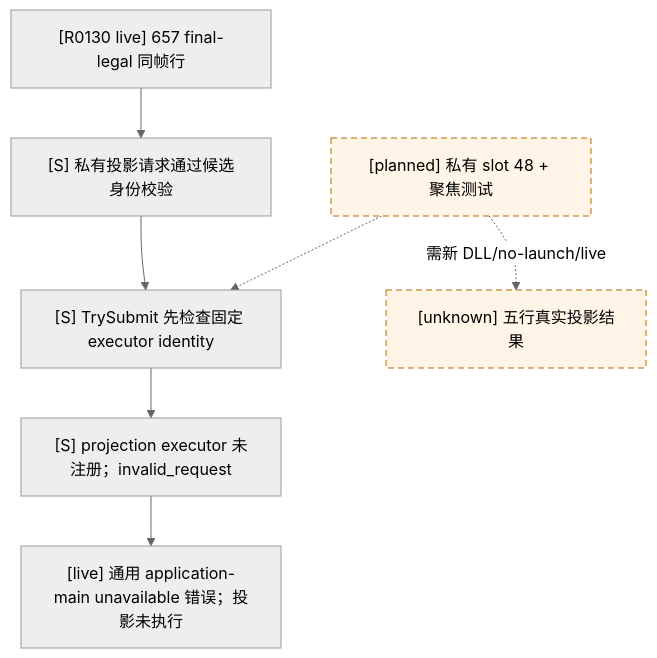
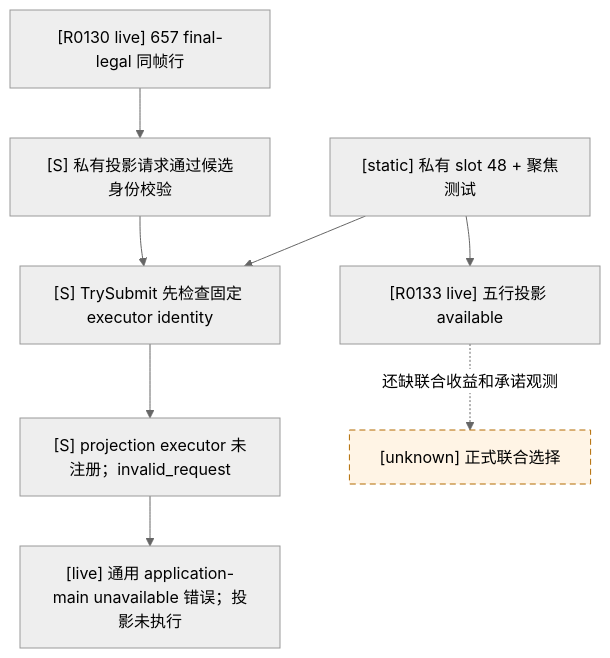
The diagram in docs/ck3-native-ai/m5-r0130-alliance-mailbox-red-2026-09-22.md (XenoAmess/ck3_eternal_recurrence), drawn with Mermaid (neutral theme) before and after one commit. The commit also changed other lines of this file, not shown here.

Commit message:
M5-R0133: Record alliance projection live readback

````diff
--- a/docs/ck3-native-ai/m5-r0130-alliance-mailbox-red-2026-09-22.md
+++ b/docs/ck3-native-ai/m5-r0130-alliance-mailbox-red-2026-09-22.md
@@ -22,11 +22,12 @@
 ```mermaid
 flowchart TD
   A["[R0130 live] 657 final-legal 同帧行"] --> B["[S] 私有投影请求通过候选身份校验"]
   B --> C["[S] TrySubmit 先检查固定 executor identity"]
   C --> D["[S] projection executor 未注册；invalid_request"]
   D --> E["[live] 通用 application-main unavailable 错误；投影未执行"]
-  F["[planned] 私有 slot 48 + 聚焦测试"] -.-> C
-  F -. "需新 DLL/no-launch/live" .-> G["[unknown] 五行真实投影结果"]
+  F["[static] 私有 slot 48 + 聚焦测试"] --> C
+  F --> G["[R0133 live] 五行投影 available"]
+  G -. "还缺联合收益和承诺观测" .-> H["[unknown] 正式联合选择"]
   classDef unknown stroke-dasharray:6 4,fill:#fff4e5,stroke:#b36b00;
-  class F,G unknown;
+  class H unknown;
 ```
````
